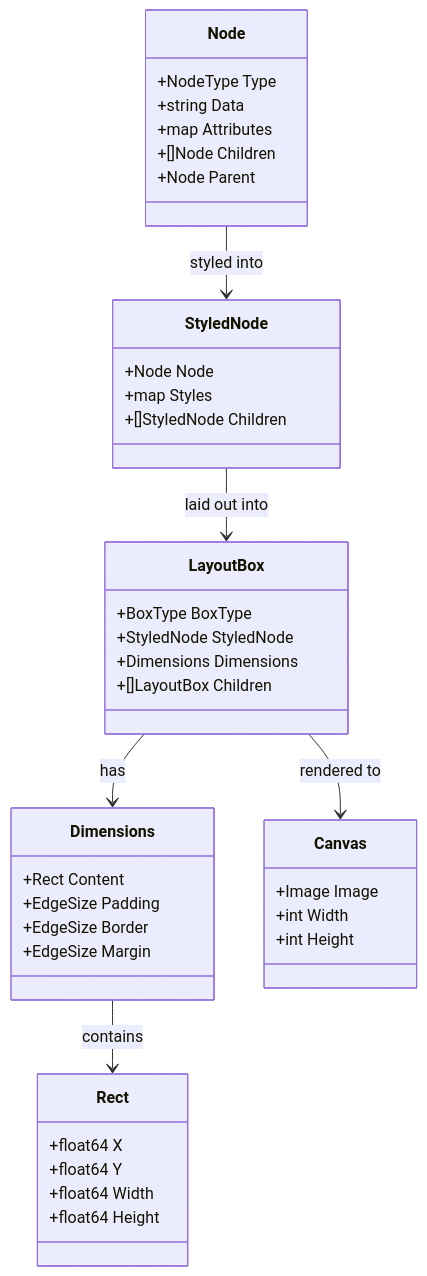
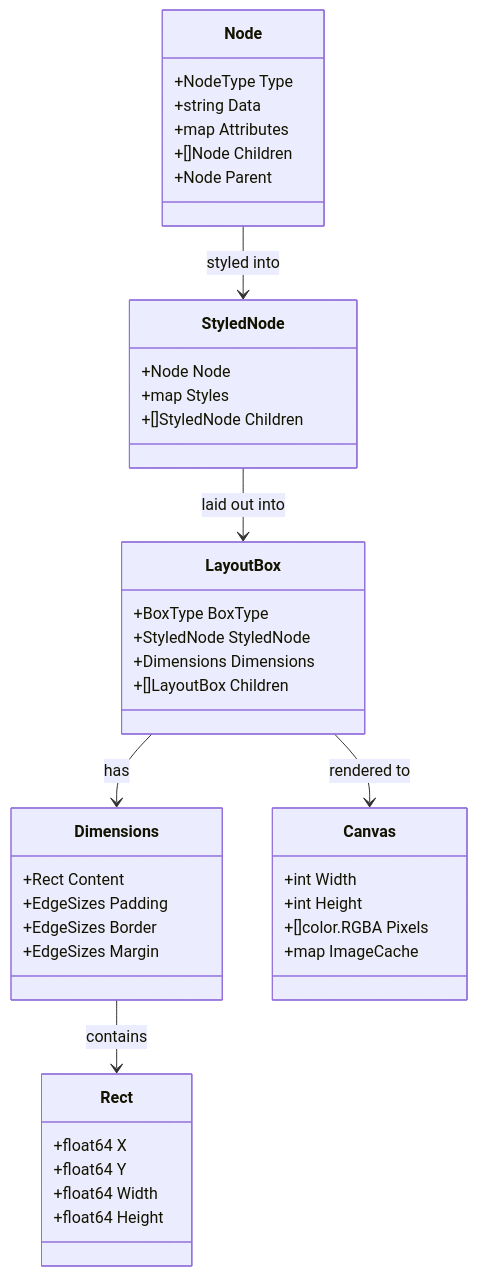
The fourth of 6 diagrams in ARCHITECTURE.md (lukehoban/browser), drawn with Mermaid before and after one commit. The commit also changed other lines of this file, not shown here.

Commit message:
docs: fix architecture diagram accuracy based on code review

````diff
--- a/ARCHITECTURE.md
+++ b/ARCHITECTURE.md
@@ -181,49 +181,50 @@
 ```mermaid
 classDiagram
     class Node {
         +NodeType Type
         +string Data
         +map Attributes
         +[]Node Children
         +Node Parent
     }
 
     class StyledNode {
         +Node Node
         +map Styles
         +[]StyledNode Children
     }
 
     class LayoutBox {
         +BoxType BoxType
         +StyledNode StyledNode
         +Dimensions Dimensions
         +[]LayoutBox Children
     }
 
     class Dimensions {
         +Rect Content
-        +EdgeSize Padding
-        +EdgeSize Border
-        +EdgeSize Margin
+        +EdgeSizes Padding
+        +EdgeSizes Border
+        +EdgeSizes Margin
     }
 
     class Rect {
         +float64 X
         +float64 Y
         +float64 Width
         +float64 Height
     }
 
     class Canvas {
-        +Image Image
         +int Width
         +int Height
+        +[]color.RGBA Pixels
+        +map ImageCache
     }
 
     Node --> StyledNode : styled into
     StyledNode --> LayoutBox : laid out into
     LayoutBox --> Dimensions : has
     Dimensions --> Rect : contains
     LayoutBox --> Canvas : rendered to
 ```
````
